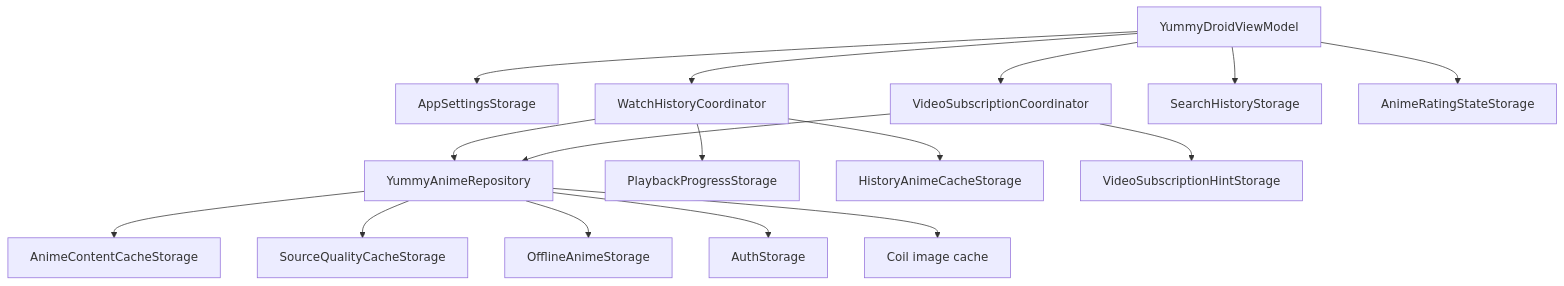
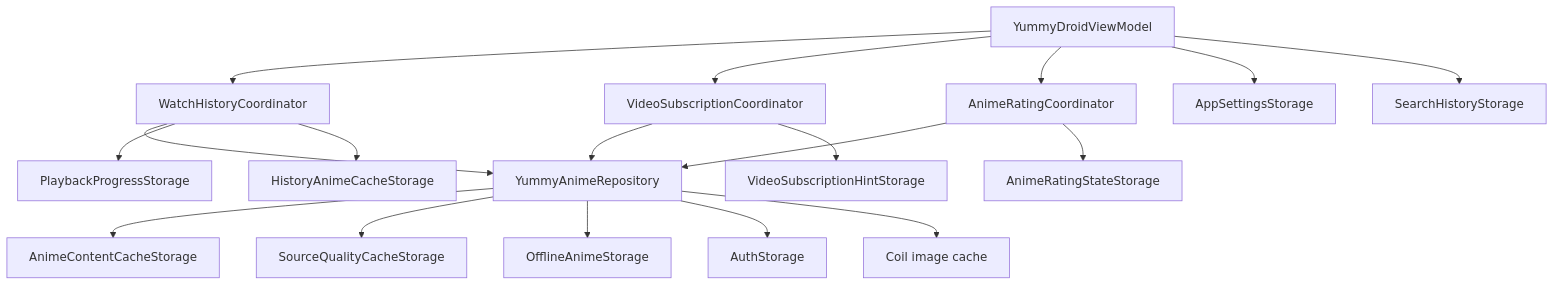
Before and after one commit to saltek1995/YummyDroid: diagram 11 of 11 in docs/refactor-logic-map.md, drawn with Mermaid. The commit also changed other lines of this file and 5 other files, not shown here.

Commit message:
Centralize anime rating state

````diff
--- a/docs/refactor-logic-map.md
+++ b/docs/refactor-logic-map.md
@@ -429,33 +429,36 @@
 ```mermaid
 flowchart TD
     Repo[YummyAnimeRepository]
     Settings[AppSettingsStorage]
     Auth[AuthStorage]
     Progress[PlaybackProgressStorage]
     HistoryCache[HistoryAnimeCacheStorage]
     HistoryCoordinator[WatchHistoryCoordinator]
     SubscriptionCoordinator[VideoSubscriptionCoordinator]
+    RatingCoordinator[AnimeRatingCoordinator]
     ContentCache[AnimeContentCacheStorage]
     SourceQuality[SourceQualityCacheStorage]
     Offline[OfflineAnimeStorage]
     SearchHistory[SearchHistoryStorage]
     SubHints[VideoSubscriptionHintStorage]
     Rating[AnimeRatingStateStorage]
     ImageCache[Coil image cache]
 
     Repo --> ContentCache
     Repo --> SourceQuality
     Repo --> Offline
     Repo --> Auth
     YummyDroidViewModel --> HistoryCoordinator
     HistoryCoordinator --> Repo
     HistoryCoordinator --> Progress
     HistoryCoordinator --> HistoryCache
     YummyDroidViewModel --> SubscriptionCoordinator
     SubscriptionCoordinator --> Repo
     SubscriptionCoordinator --> SubHints
+    YummyDroidViewModel --> RatingCoordinator
+    RatingCoordinator --> Repo
+    RatingCoordinator --> Rating
     Repo --> ImageCache
     YummyDroidViewModel --> Settings
     YummyDroidViewModel --> SearchHistory
-    YummyDroidViewModel --> Rating
 ```
````
